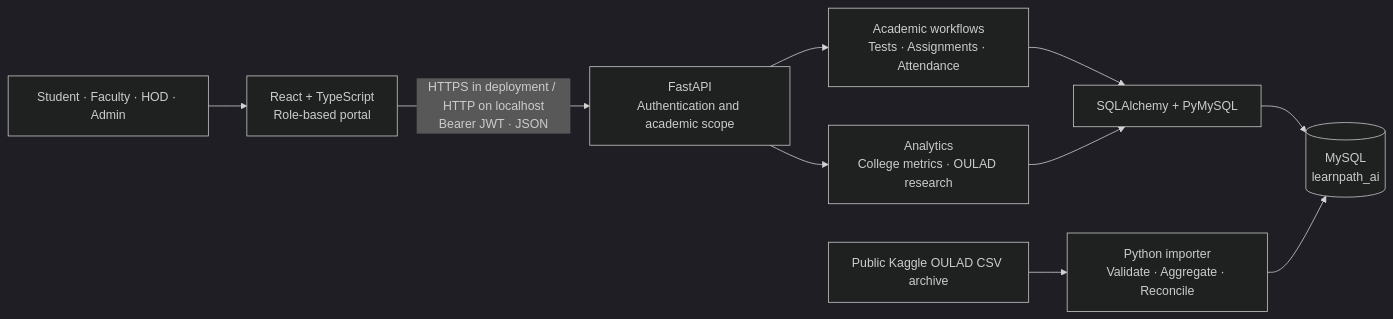
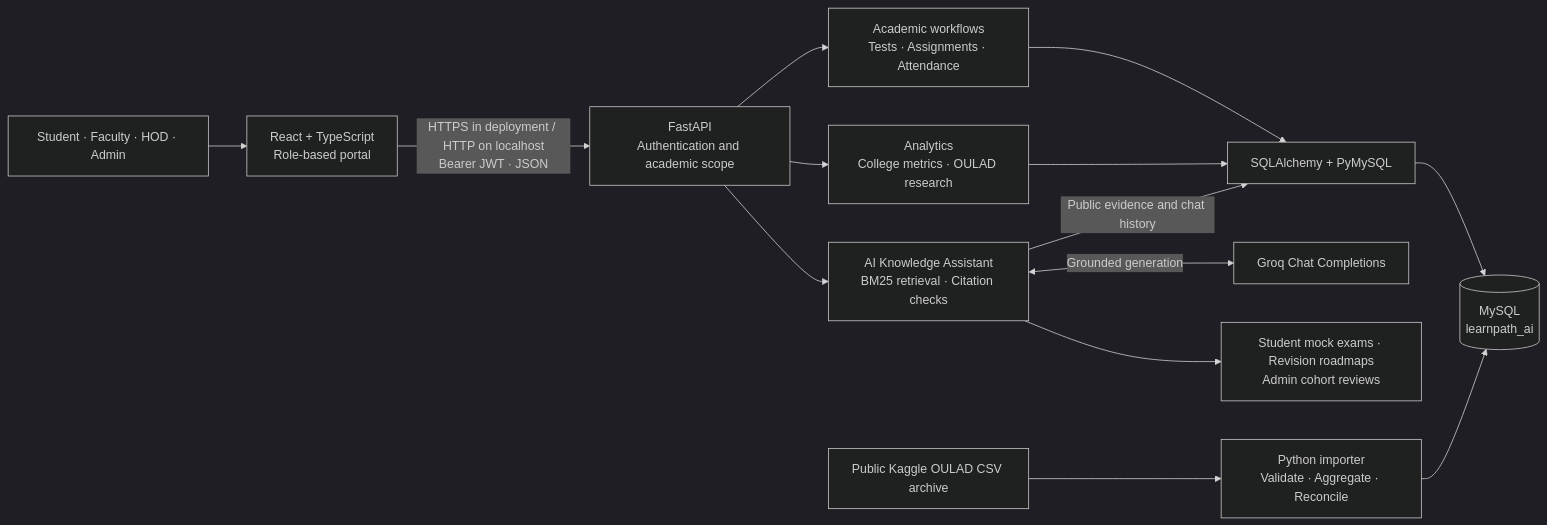
One commit to Yash301201/Neural-Code-Ninjas changed the diagram in README.md. Above: the diagram before and after it, drawn with Mermaid (dark theme). The commit also changed other lines of this file, not shown here.

Commit message:
docs: show AI integration in the main architecture diagram

````diff
--- a/README.md
+++ b/README.md
@@ -30,12 +30,16 @@
 ```mermaid
 flowchart LR
     U["Student · Faculty · HOD · Admin"] --> WEB["React + TypeScript<br/>Role-based portal"]
     WEB -->|"HTTPS in deployment / HTTP on localhost<br/>Bearer JWT · JSON"| API["FastAPI<br/>Authentication and academic scope"]
     API --> ACAD["Academic workflows<br/>Tests · Assignments · Attendance"]
     API --> ANA["Analytics<br/>College metrics · OULAD research"]
+    API --> AI["AI Knowledge Assistant<br/>BM25 retrieval · Citation checks"]
+    AI -->|"Public evidence and chat history"| SQL
+    AI <-->|"Grounded generation"| GROQ["Groq Chat Completions"]
+    AI --> FEATURES["Student mock exams · Revision roadmaps<br/>Admin cohort reviews"]
     ACAD --> SQL["SQLAlchemy + PyMySQL"]
     ANA --> SQL
     SQL --> DB[("MySQL<br/>learnpath_ai")]
     DATA["Public Kaggle OULAD CSV archive"] --> IMPORT["Python importer<br/>Validate · Aggregate · Reconcile"]
     IMPORT --> DB
 ```
````
